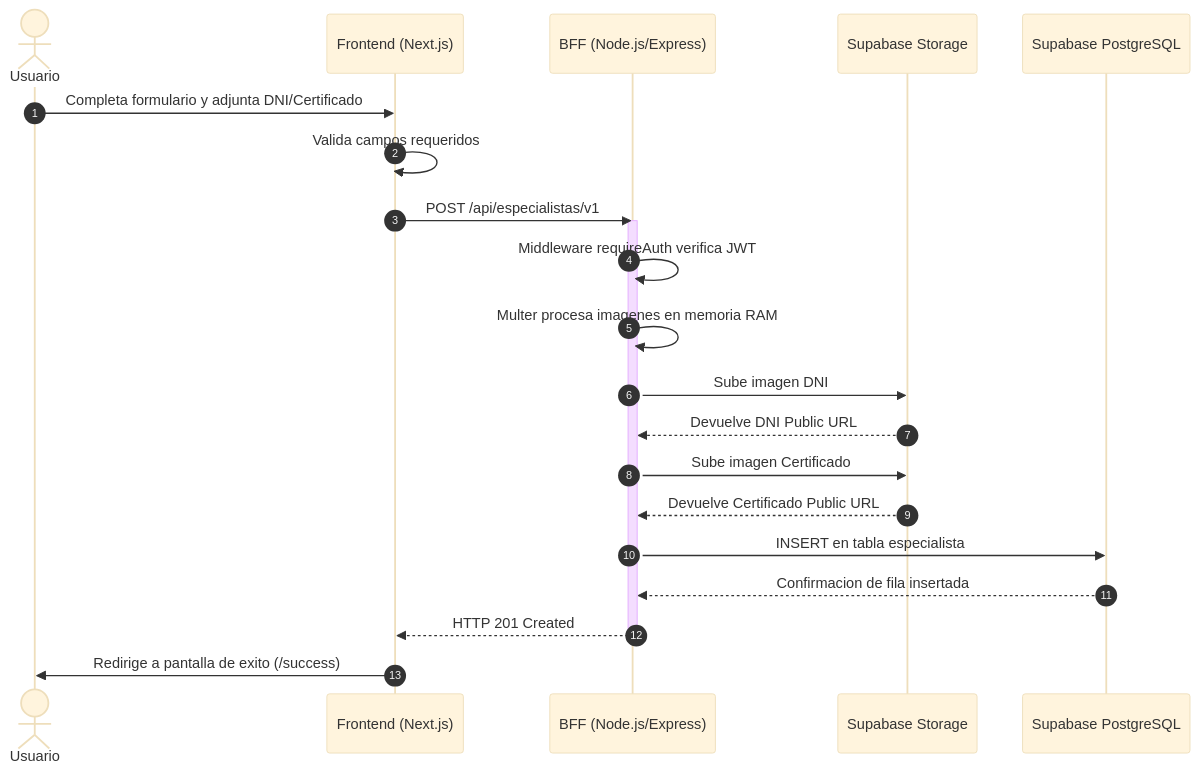
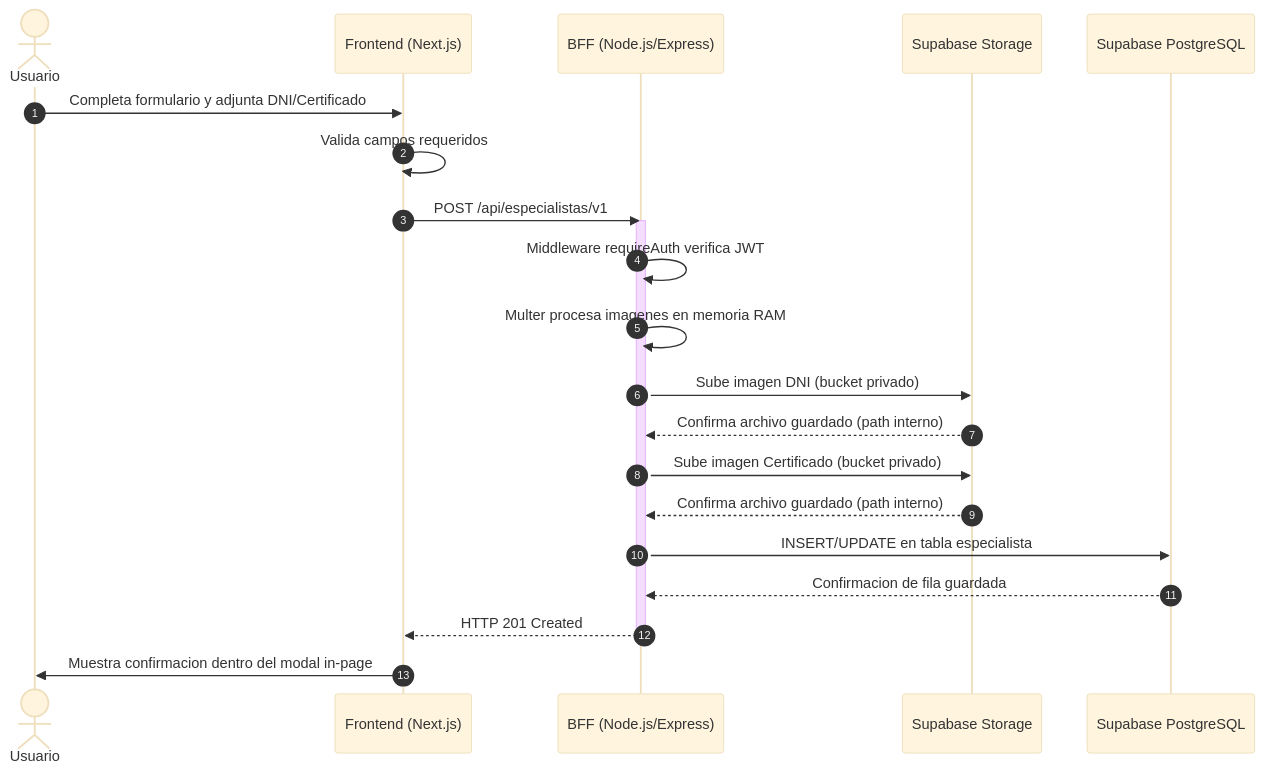
The third of 3 diagrams in 4to_Semestre/Trabajo_Final/docs/Arquitectura.md (Lucenear/Tecnicatura_Programacion_UTN), drawn with Mermaid (base theme) before and after one commit. The commit also changed other lines of this file and 22 other files, not shown here.

Commit message:
Sprint 3: buscador, contacto, modal in page, docs privado y mejora en la seguridad

````diff
--- a/4to_Semestre/Trabajo_Final/docs/Arquitectura.md
+++ b/4to_Semestre/Trabajo_Final/docs/Arquitectura.md
@@ -85,28 +83,28 @@
 ```mermaid
 sequenceDiagram
     autonumber
     actor U as Usuario
     participant F as Frontend (Next.js)
     participant B as BFF (Node.js/Express)
     participant S as Supabase Storage
     participant DB as Supabase PostgreSQL
 
     U->>F: Completa formulario y adjunta DNI/Certificado
     F->>F: Valida campos requeridos
     F->>B: POST /api/especialistas/v1
     
     activate B
     B->>B: Middleware requireAuth verifica JWT
     B->>B: Multer procesa imagenes en memoria RAM
-    B->>S: Sube imagen DNI
-    S-->>B: Devuelve DNI Public URL
-    B->>S: Sube imagen Certificado
-    S-->>B: Devuelve Certificado Public URL
+    B->>S: Sube imagen DNI (bucket privado)
+    S-->>B: Confirma archivo guardado (path interno)
+    B->>S: Sube imagen Certificado (bucket privado)
+    S-->>B: Confirma archivo guardado (path interno)
     
-    B->>DB: INSERT en tabla especialista
-    DB-->>B: Confirmacion de fila insertada
+    B->>DB: INSERT/UPDATE en tabla especialista
+    DB-->>B: Confirmacion de fila guardada
     B-->>F: HTTP 201 Created
     deactivate B
     
-    F->>U: Redirige a pantalla de exito (/success)
+    F->>U: Muestra confirmacion dentro del modal in-page
 ```
````
